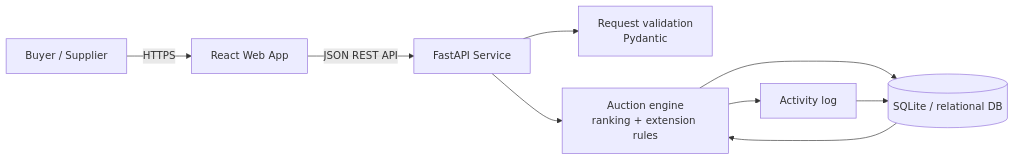
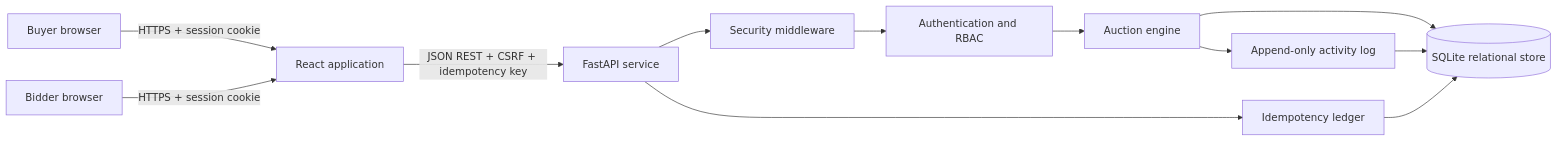
The first of 3 diagrams in docs/architecture.md (Autistic-coder/go-comet), drawn with Mermaid before and after one commit. The commit also changed other lines of this file and 18 other files, not shown here.

````diff
--- a/docs/architecture.md
+++ b/docs/architecture.md
@@ -5,11 +5,14 @@
 ```mermaid
 flowchart LR
-    U[Buyer / Supplier] -->|HTTPS| R[React Web App]
-    R -->|JSON REST API| F[FastAPI Service]
-    F --> V[Request validation\nPydantic]
-    F --> E[Auction engine\nranking + extension rules]
-    E --> D[(SQLite / relational DB)]
-    D --> E
-    E --> L[Activity log]
+    B[Buyer browser] -->|HTTPS + session cookie| R[React application]
+    S[Bidder browser] -->|HTTPS + session cookie| R
+    R -->|JSON REST + CSRF + idempotency key| A[FastAPI service]
+    A --> M[Security middleware]
+    M --> AU[Authentication and RBAC]
+    AU --> E[Auction engine]
+    E --> D[(SQLite relational store)]
+    E --> L[Append-only activity log]
+    A --> I[Idempotency ledger]
+    I --> D
     L --> D
 ```
````
